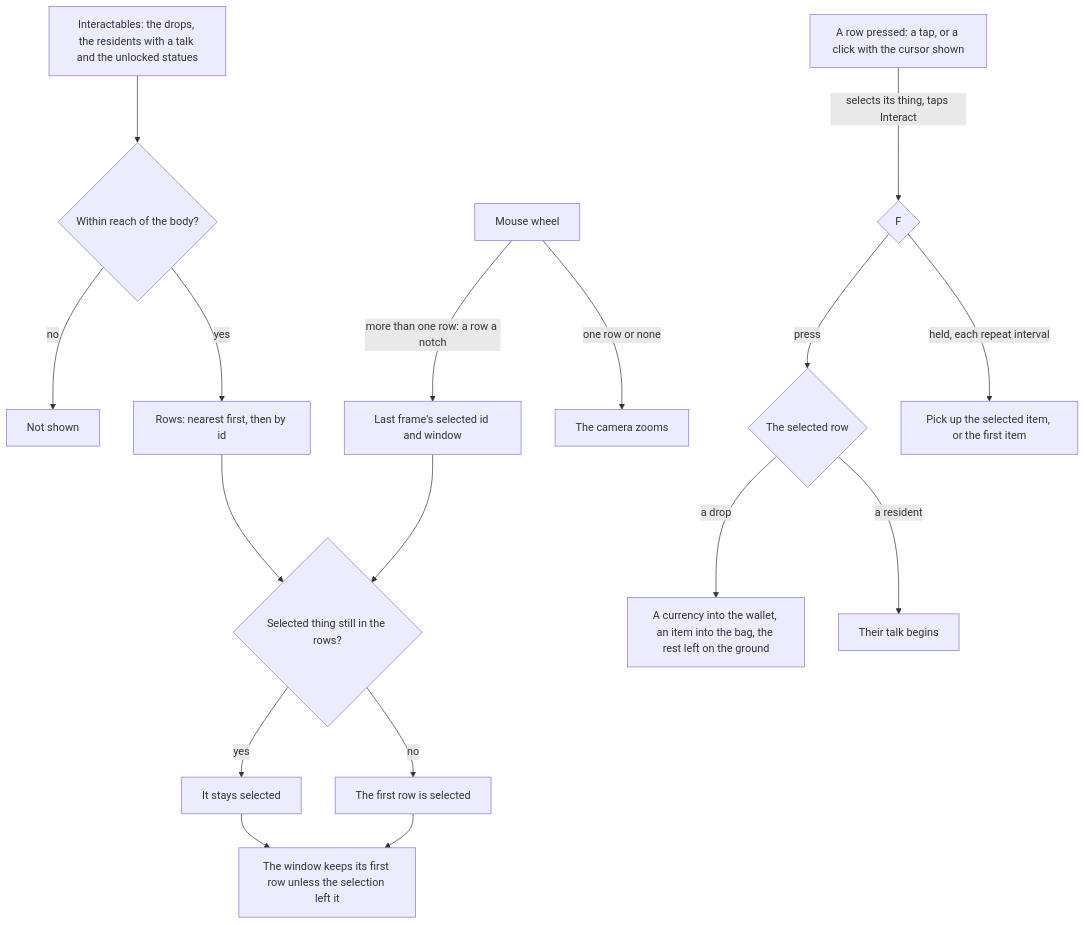
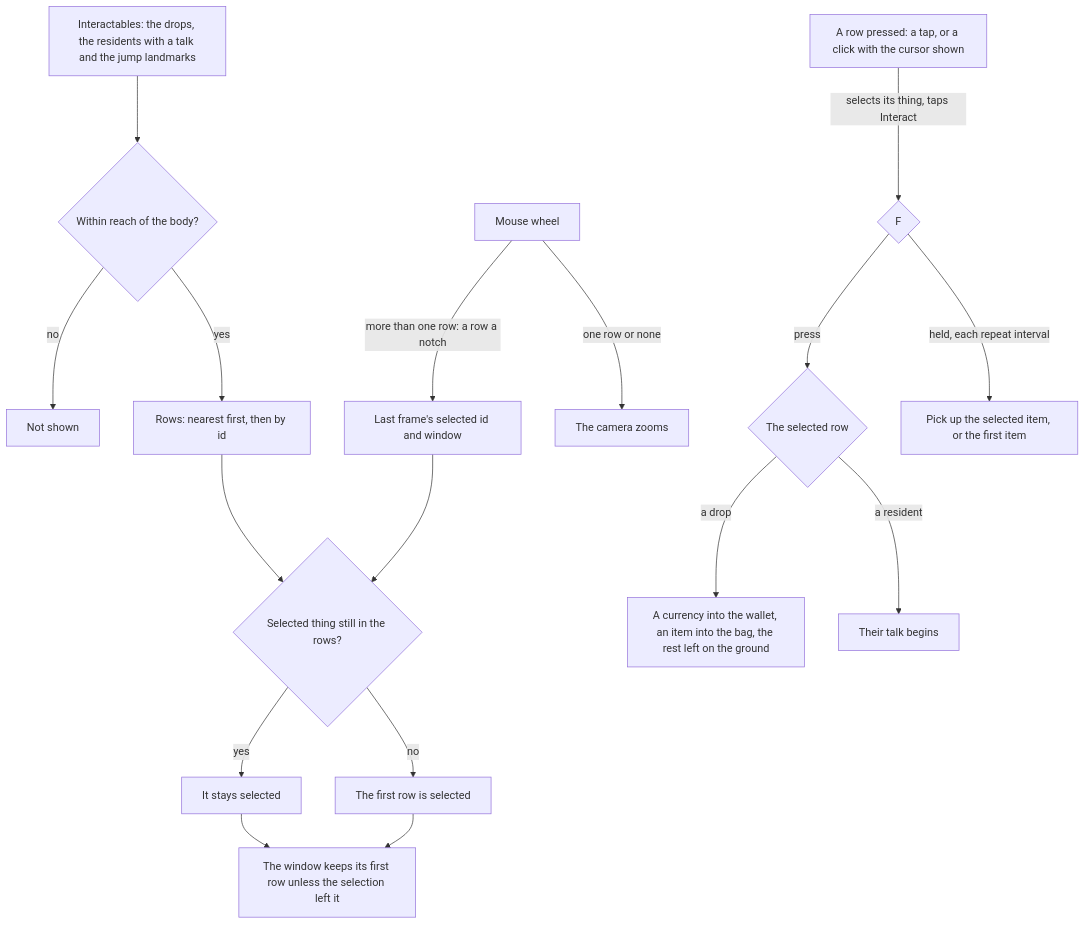
Before and after one commit to Esposter/Esposter: the diagram in openspec/specs/genshin/interaction/design.md, drawn with Mermaid. The commit also changed other lines of this file and 7 other files, not shown here.

````diff
--- a/openspec/specs/genshin/interaction/design.md
+++ b/openspec/specs/genshin/interaction/design.md
@@ -9,19 +9,19 @@
 ```mermaid
 flowchart TD
-  T["Interactables: the drops, the residents with a talk and the unlocked statues"] --> R{"Within reach of the body?"}
+  T["Interactables: the drops, the residents with a talk and the jump landmarks"] --> R{"Within reach of the body?"}
   R -->|"no"| X["Not shown"]
   R -->|"yes"| O["Rows: nearest first, then by id"]
   S["Last frame's selected id and window"] --> K{"Selected thing still in the rows?"}
   O --> K
   K -->|"yes"| SEL["It stays selected"]
   K -->|"no"| FIRST["The first row is selected"]
   SEL --> WIN["The window keeps its first row unless the selection left it"]
   FIRST --> WIN
   W["Mouse wheel"] -->|"more than one row: a row a notch"| S
   W -->|"one row or none"| CAM["The camera zooms"]
   F{"F"} -->|"press"| ACT{"The selected row"}
   ACT -->|"a drop"| PICK["A currency into the wallet, an item into the bag, the rest left on the ground"]
   ACT -->|"a resident"| TALK["Their talk begins"]
   F -->|"held, each repeat interval"| REP["Pick up the selected item, or the first item"]
   P["A row pressed: a tap, or a click with the cursor shown"] -->|"selects its thing, taps Interact"| F
 ```
````
